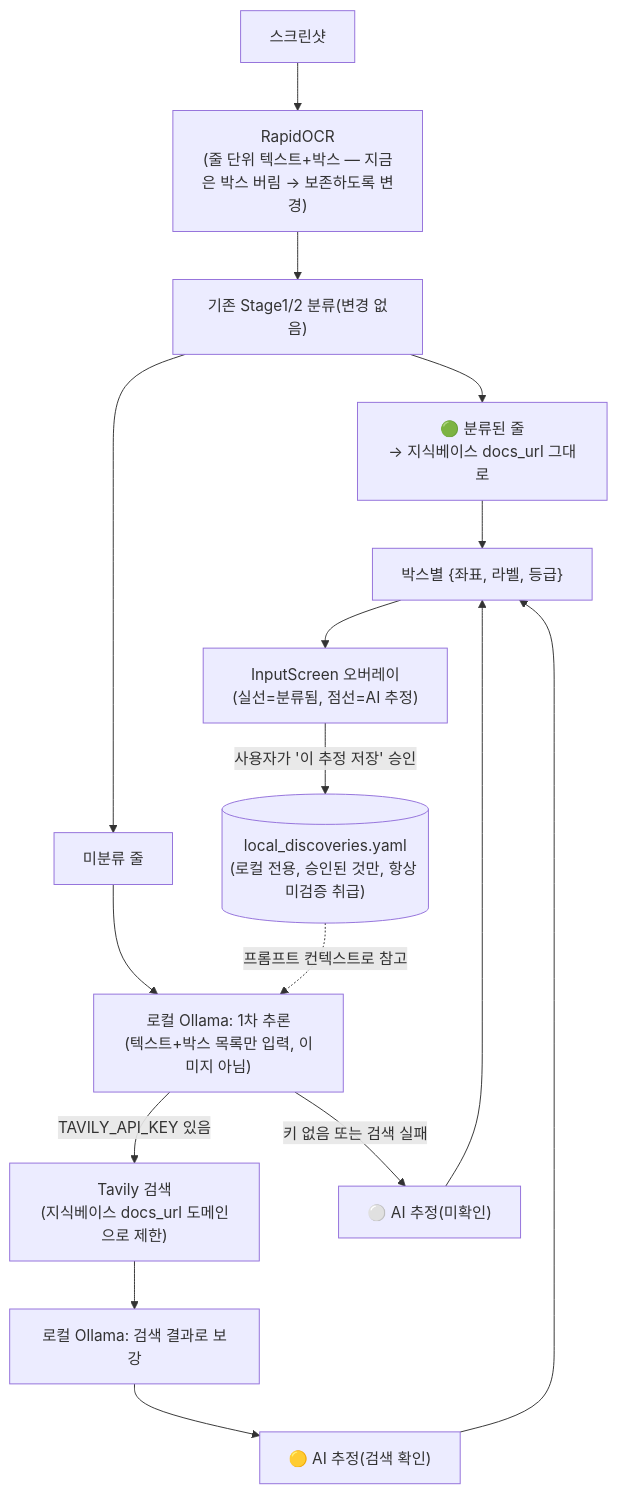
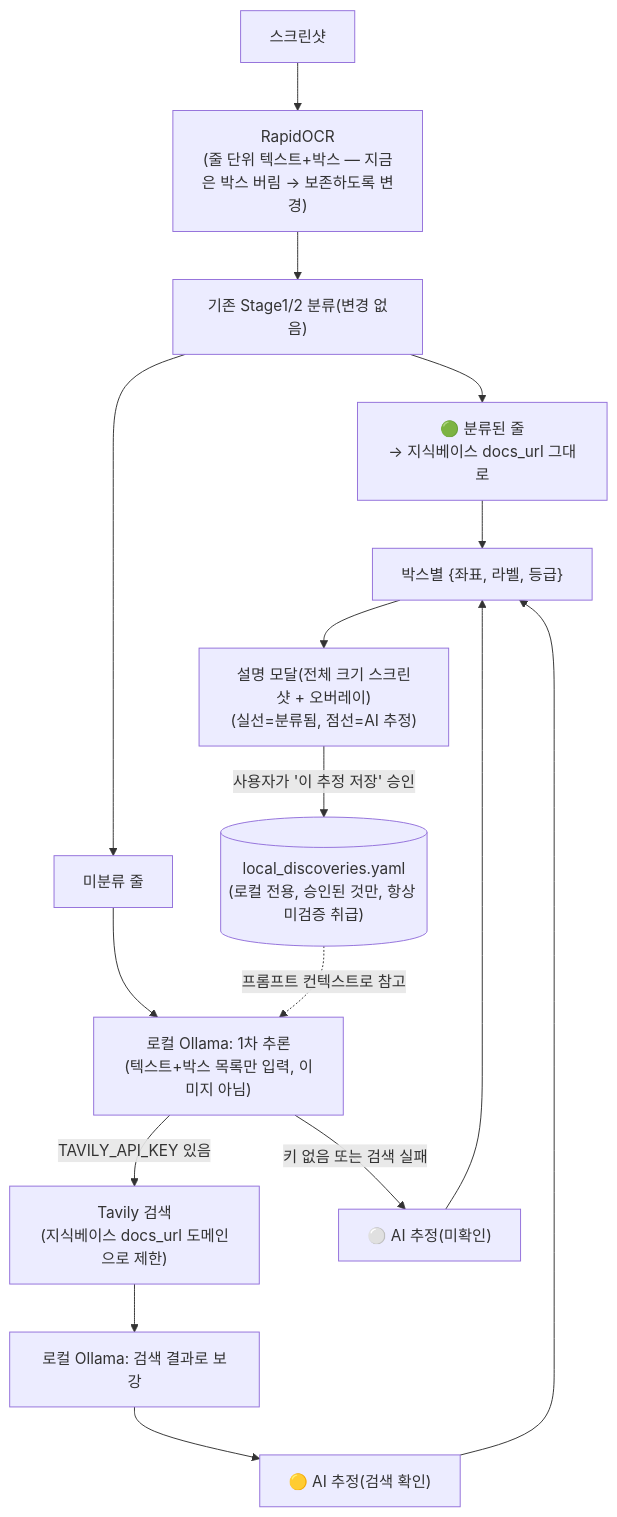
One commit to ttogle918/key-manager changed the first of 2 diagrams in docs/superpowers/specs/2026-08-27-screenshot-explain-design.md. Above: the diagram before and after it, drawn with Mermaid. The commit also changed other lines of this file, not shown here.

First line of the commit message:
docs: 스펙에 InputScreen 썸네일 크기 발견사항 반영(누락된 커밋)

````diff
--- a/docs/superpowers/specs/2026-08-27-screenshot-explain-design.md
+++ b/docs/superpowers/specs/2026-08-27-screenshot-explain-design.md
@@ -124,20 +130,20 @@
 ```mermaid
 flowchart TB
   IMG["스크린샷"] --> OCR["RapidOCR\n(줄 단위 텍스트+박스 — 지금은 박스 버림 → 보존하도록 변경)"]
   OCR --> S12["기존 Stage1/2 분류(변경 없음)"]
   S12 --> KNOWN["🟢 분류된 줄\n→ 지식베이스 docs_url 그대로"]
   S12 --> UNKNOWN["미분류 줄"]
 
   UNKNOWN --> LLM1["로컬 Ollama: 1차 추론\n(텍스트+박스 목록만 입력, 이미지 아님)"]
   CACHE[("local_discoveries.yaml\n(로컬 전용, 승인된 것만, 항상 미검증 취급)")]
   CACHE -. "프롬프트 컨텍스트로 참고" .-> LLM1
 
   LLM1 -- "TAVILY_API_KEY 있음" --> SEARCH["Tavily 검색\n(지식베이스 docs_url 도메인으로 제한)"]
   SEARCH --> LLM2["로컬 Ollama: 검색 결과로 보강"]
   LLM1 -- "키 없음 또는 검색 실패" --> PLAIN["⚪ AI 추정(미확인)"]
   LLM2 --> VERIFIED["🟡 AI 추정(검색 확인)"]
 
   KNOWN & VERIFIED & PLAIN --> MERGE["박스별 {좌표, 라벨, 등급}"]
-  MERGE --> UI["InputScreen 오버레이\n(실선=분류됨, 점선=AI 추정)"]
+  MERGE --> UI["설명 모달(전체 크기 스크린샷 + 오버레이)\n(실선=분류됨, 점선=AI 추정)"]
   UI -- "사용자가 '이 추정 저장' 승인" --> CACHE
 ```
````
